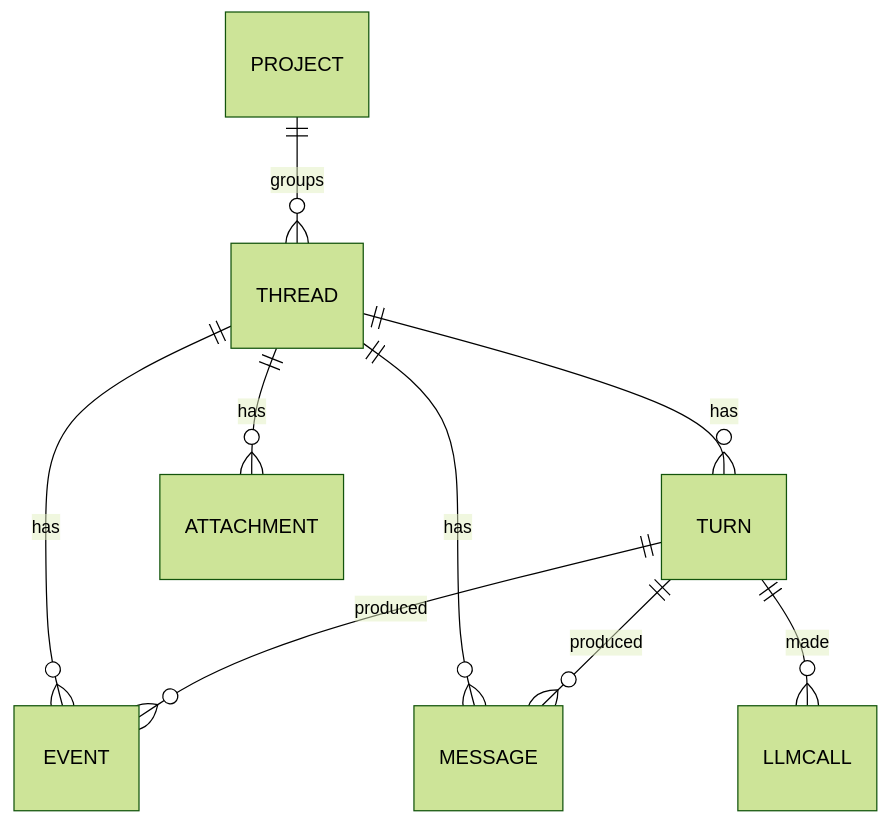
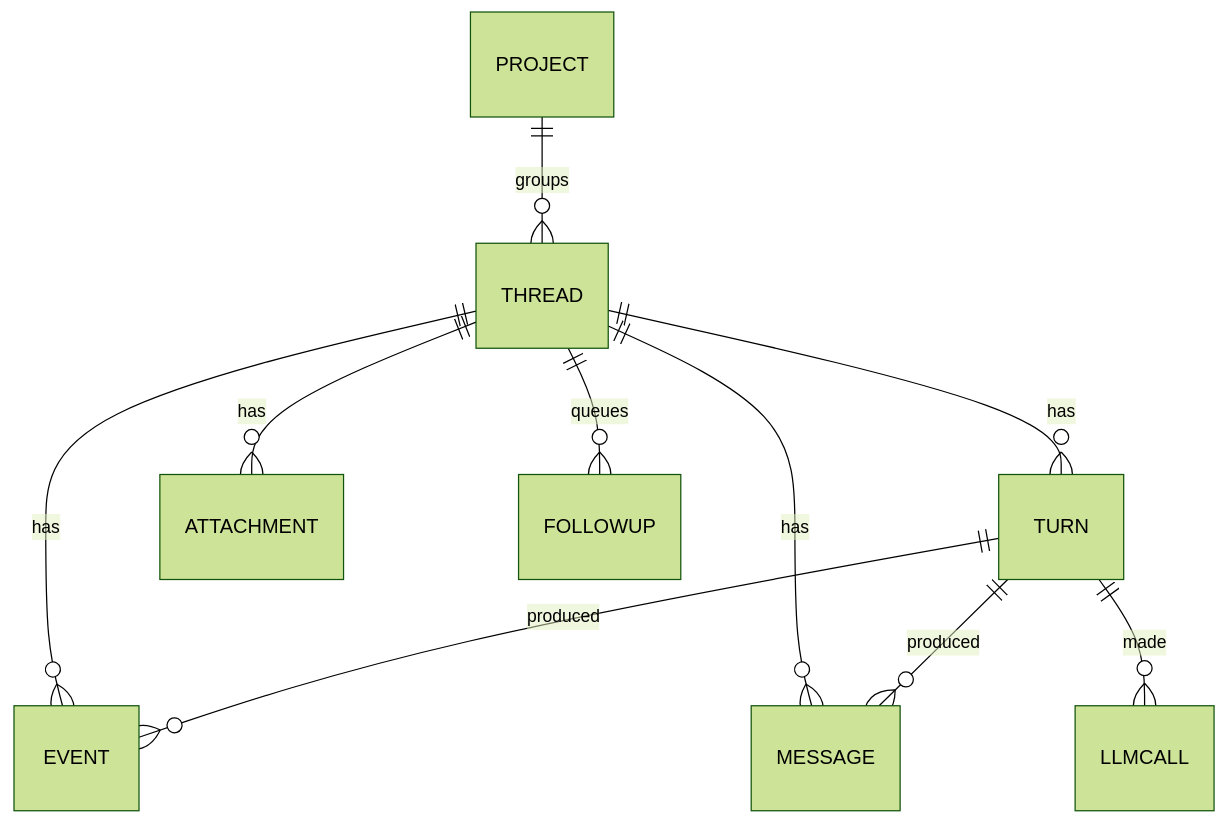
The diagram in docs/DATA_MODEL.md (LubyRuffy/eino-swarm), drawn with Mermaid (forest theme) before and after one commit. The commit also changed other lines of this file and 291 other files, not shown here.

````diff
--- a/docs/DATA_MODEL.md
+++ b/docs/DATA_MODEL.md
@@ -20,11 +20,12 @@
 ```mermaid
 erDiagram
   PROJECT ||--o{ THREAD : groups
   THREAD ||--o{ TURN : has
   THREAD ||--o{ MESSAGE : has
   THREAD ||--o{ EVENT : has
   THREAD ||--o{ ATTACHMENT : has
+  THREAD ||--o{ FOLLOWUP : queues
   TURN ||--o{ EVENT : produced
   TURN ||--o{ MESSAGE : produced
   TURN ||--o{ LLMCALL : made
 ```
````
